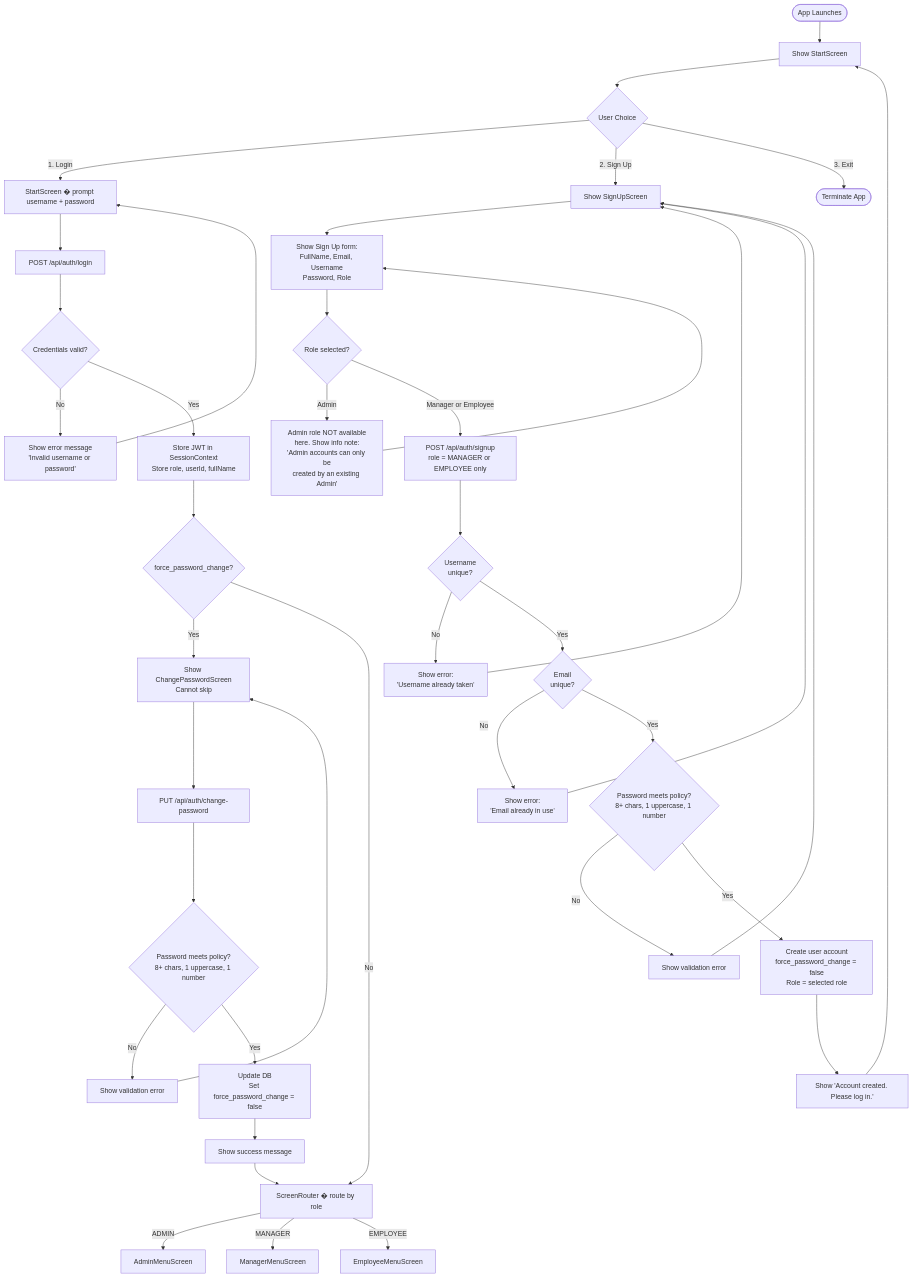
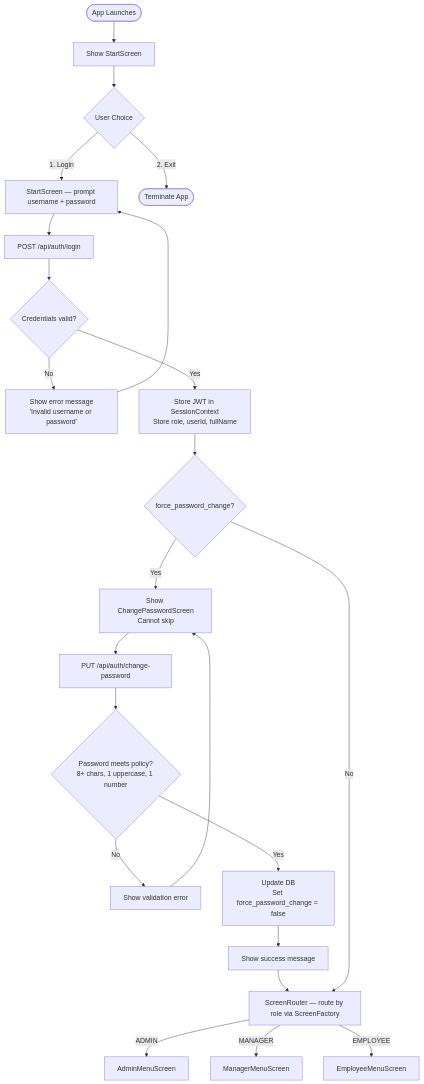
The first of 14 diagrams in docs/Solution/Flow_Diagram.md (HariAdk/PRM), drawn with Mermaid before and after one commit. The commit also changed other lines of this file and 21 other files, not shown here.

Commit message:
Updated diagrams

````diff
--- a/docs/Solution/Flow_Diagram.md
+++ b/docs/Solution/Flow_Diagram.md
@@ -27,53 +28,34 @@
 ```mermaid
 flowchart TD
     A([App Launches]) --> B[Show StartScreen]
     B --> C{User Choice}
 
-    C -->|1. Login| D[StartScreen � prompt username + password]
-    C -->|2. Sign Up| E[Show SignUpScreen]
-    C -->|3. Exit| Z([Terminate App])
+    C -->|1. Login| D[StartScreen — prompt username + password]
+    C -->|2. Exit| Z([Terminate App])
 
     D --> F[POST /api/auth/login]
     F --> G{Credentials valid?}
 
     G -->|No| H[Show error message\n'Invalid username or password']
     H --> D
 
     G -->|Yes| I[Store JWT in SessionContext\nStore role, userId, fullName]
     I --> J{force_password_change?}
 
     J -->|Yes| K[Show ChangePasswordScreen\nCannot skip]
     K --> L[PUT /api/auth/change-password]
     L --> M{Password meets policy?\n8+ chars, 1 uppercase, 1 number}
 
     M -->|No| N[Show validation error]
     N --> K
 
     M -->|Yes| O[Update DB\nSet force_password_change = false]
     O --> P[Show success message]
-    P --> Q[ScreenRouter � route by role]
+    P --> Q[ScreenRouter — route by role via ScreenFactory]
 
     J -->|No| Q
 
     Q -->|ADMIN| R[AdminMenuScreen]
     Q -->|MANAGER| S[ManagerMenuScreen]
     Q -->|EMPLOYEE| T[EmployeeMenuScreen]
-
-    E --> E1[Show Sign Up form:\nFullName, Email, Username\nPassword, Role]
-    E1 --> E2{Role selected?}
-    E2 -->|Admin| E3[Admin role NOT available\nhere. Show info note:\n'Admin accounts can only be\ncreated by an existing Admin']
-    E3 --> E1
-    E2 -->|Manager or Employee| U[POST /api/auth/signup\nrole = MANAGER or EMPLOYEE only]
-    U --> V1{Username\nunique?}
-    V1 -->|No| W1[Show error:\n'Username already taken']
-    W1 --> E
-    V1 -->|Yes| V2{Email\nunique?}
-    V2 -->|No| W2[Show error:\n'Email already in use']
-    W2 --> E
-    V2 -->|Yes| V3{Password meets policy?\n8+ chars, 1 uppercase, 1 number}
-    V3 -->|No| W3[Show validation error]
-    W3 --> E
-    V3 -->|Yes| X[Create user account\nforce_password_change = false\nRole = selected role]
-    X --> Y[Show 'Account created. Please log in.']
-    Y --> B
 ```
````
